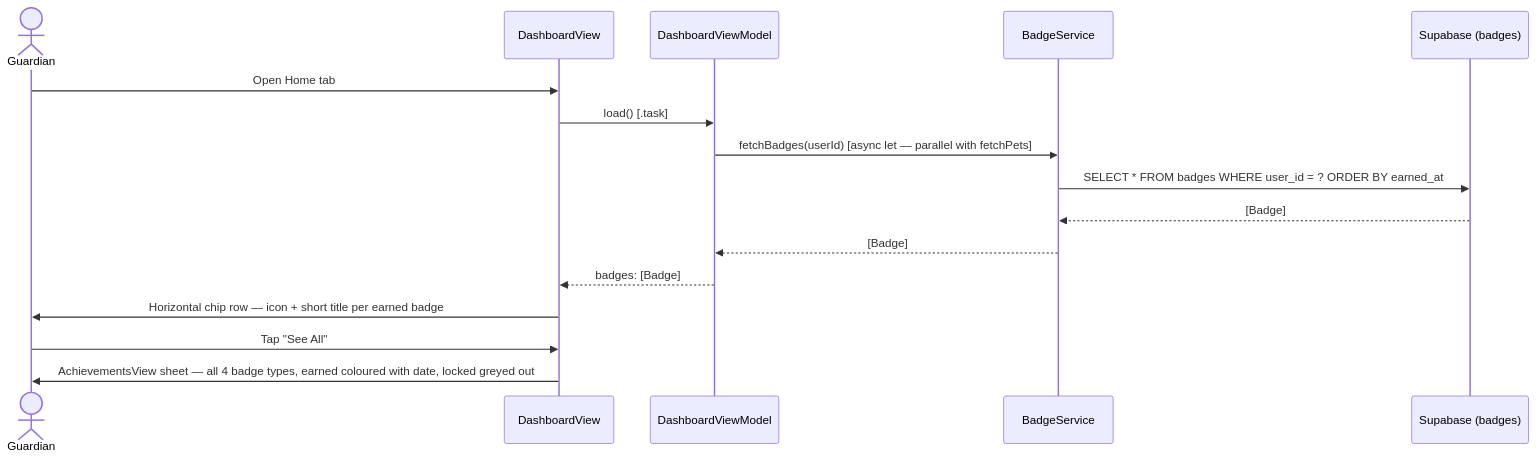
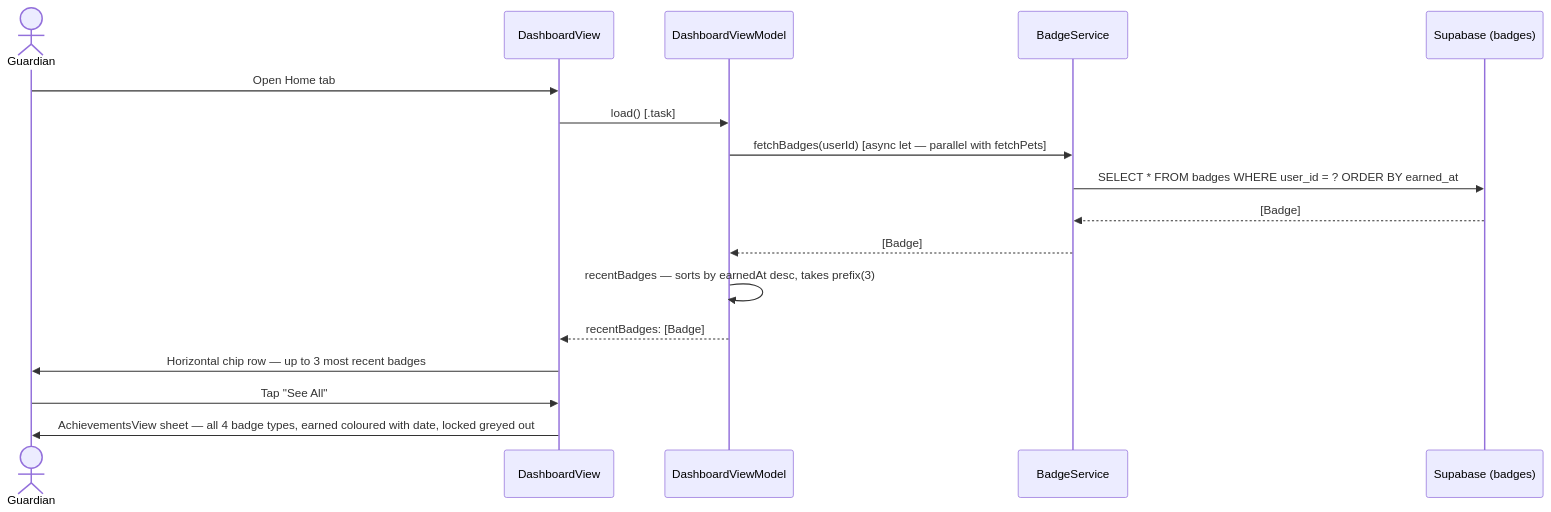
The third of 3 diagrams in docs/use_cases/dashboard_badges.md (markculley/HoundHabit), drawn with Mermaid before and after one commit. The commit also changed other lines of this file and 4 other files, not shown here.

````diff
--- a/docs/use_cases/dashboard_badges.md
+++ b/docs/use_cases/dashboard_badges.md
@@ -71,20 +73,21 @@
 ```mermaid
 sequenceDiagram
     actor G as Guardian
     participant DV as DashboardView
     participant DVM as DashboardViewModel
     participant SVC as BadgeService
     participant DB as Supabase (badges)
 
     G->>DV: Open Home tab
     DV->>DVM: load() [.task]
     DVM->>SVC: fetchBadges(userId) [async let — parallel with fetchPets]
     SVC->>DB: SELECT * FROM badges WHERE user_id = ? ORDER BY earned_at
     DB-->>SVC: [Badge]
     SVC-->>DVM: [Badge]
-    DVM-->>DV: badges: [Badge]
-    DV->>G: Horizontal chip row — icon + short title per earned badge
+    DVM->>DVM: recentBadges — sorts by earnedAt desc, takes prefix(3)
+    DVM-->>DV: recentBadges: [Badge]
+    DV->>G: Horizontal chip row — up to 3 most recent badges
 
     G->>DV: Tap "See All"
     DV->>G: AchievementsView sheet — all 4 badge types, earned coloured with date, locked greyed out
 ```
````
